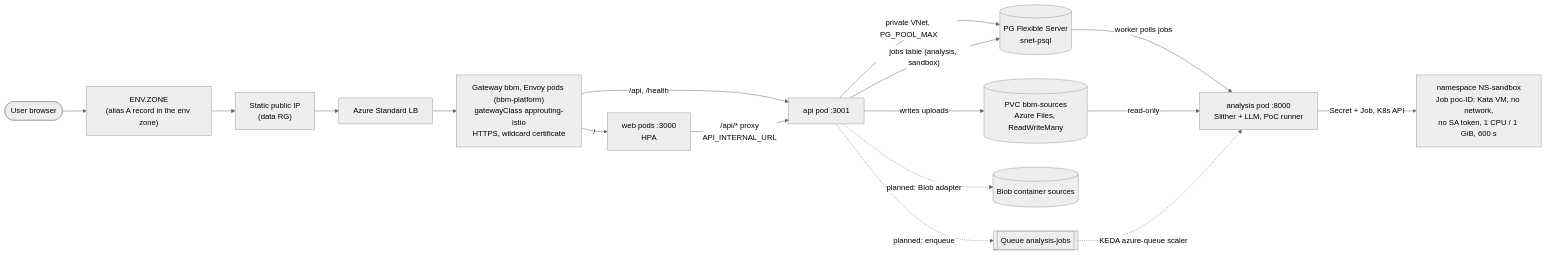
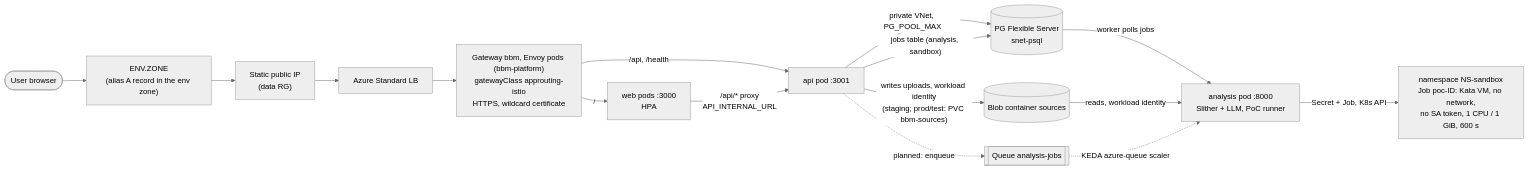
One commit to cse416-fa26-sixseven/bug-bounty-marketplace changed the second of 5 diagrams in docs/devops/architecture.md. Above: the diagram before and after it, drawn with Mermaid (neutral theme). The commit also changed other lines of this file and 3 other files, not shown here.

Commit message:
docs: Blob source storage on staging

````diff
--- a/docs/devops/architecture.md
+++ b/docs/devops/architecture.md
@@ -161,19 +161,18 @@
 ```mermaid
 flowchart LR
     U(["User browser"]) --> DNS["ENV.ZONE<br/>(alias A record in the env zone)"]
     DNS --> PIP["Static public IP<br/>(data RG)"]
     PIP --> LB["Azure Standard LB"]
     LB --> NGX["Gateway bbm, Envoy pods (bbm-platform)<br/>gatewayClass approuting-istio<br/>HTTPS, wildcard certificate"]
     NGX -- "/" --> WEB["web pods :3000<br/>HPA"]
     NGX -- "/api, /health" --> API["api pod :3001"]
     WEB -- "/api/* proxy<br/>API_INTERNAL_URL" --> API
     API -- "private VNet, PG_POOL_MAX" --> PG[("PG Flexible Server<br/>snet-psql")]
-    API -- "writes uploads" --> FS[("PVC bbm-sources<br/>Azure Files, ReadWriteMany")]
+    API -- "writes uploads, workload identity<br/>(staging; prod/test: PVC bbm-sources)" --> BLOB[("Blob container sources")]
     API -- "jobs table (analysis, sandbox)" --> PG
     PG -- "worker polls jobs" --> AN["analysis pod :8000<br/>Slither + LLM, PoC runner"]
-    FS -- "read-only" --> AN
+    BLOB -- "reads, workload identity" --> AN
     AN -- "Secret + Job, K8s API" --> SBX["namespace NS-sandbox<br/>Job poc-ID: Kata VM, no network,<br/>no SA token, 1 CPU / 1 GiB, 600 s"]
-    API -. "planned: Blob adapter" .-> BLOB[("Blob container sources")]
     API -. "planned: enqueue" .-> Q[["Queue analysis-jobs"]]
     Q -. "KEDA azure-queue scaler" .-> AN
 ```
````
